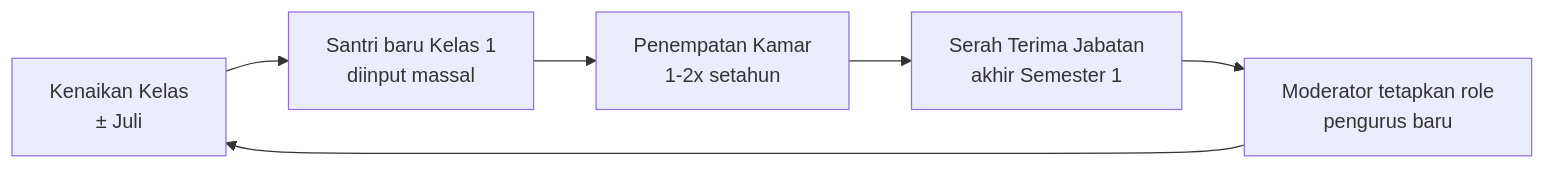
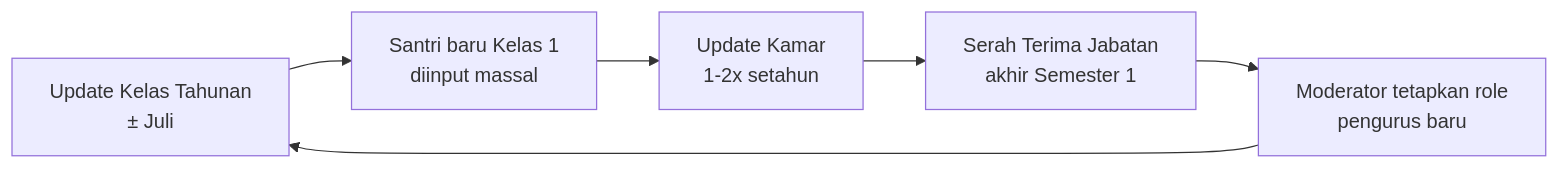
The second of 6 diagrams in README.md (SiJao/ProjectJao), drawn with Mermaid before and after one commit. The commit also changed other lines of this file, not shown here.

First line of the commit message:
README: modul diselaraskan dengan mindmap Administrasi / Fungsi

````diff
--- a/README.md
+++ b/README.md
@@ -337,8 +337,8 @@
 ```mermaid
 flowchart LR
-    A["Kenaikan Kelas<br/>± Juli"] --> B["Santri baru Kelas 1<br/>diinput massal"]
-    B --> C["Penempatan Kamar<br/>1-2x setahun"]
+    A["Update Kelas Tahunan<br/>± Juli"] --> B["Santri baru Kelas 1<br/>diinput massal"]
+    B --> C["Update Kamar<br/>1-2x setahun"]
     C --> D["Serah Terima Jabatan<br/>akhir Semester 1"]
     D --> E["Moderator tetapkan role<br/>pengurus baru"]
     E --> A
 ```
````
